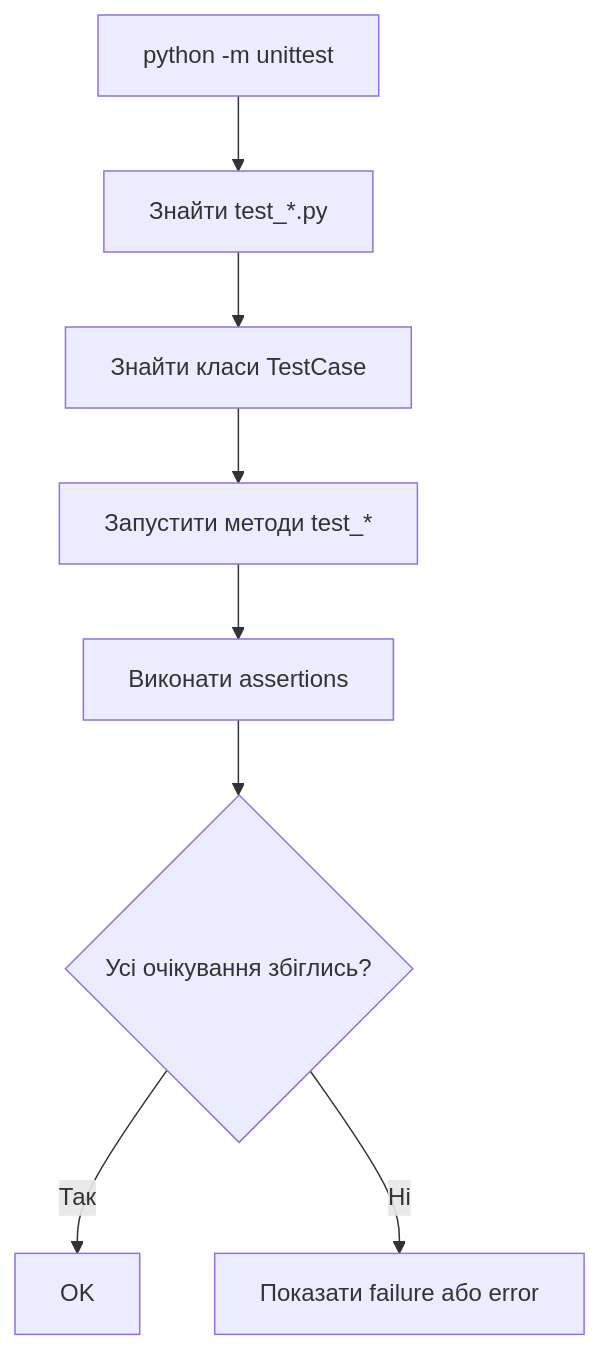
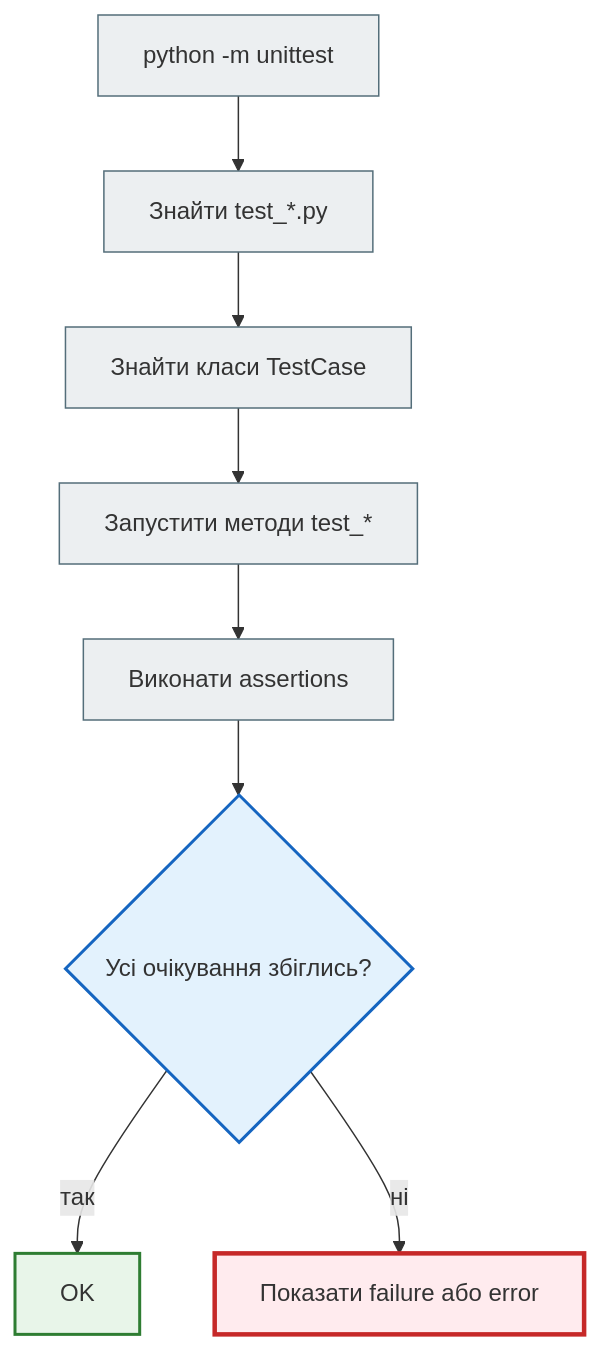
The diagram in docs/08_testing_and_quality/unittest_basics_full.md (NikoriakViktot/notes_chat_app), drawn with Mermaid before and after one commit. The commit also changed 441 other files, not shown here.

First line of the commit message:
Add English version of the book, Mermaid standard, docs fixes

````diff
--- a/docs/08_testing_and_quality/unittest_basics_full.md
+++ b/docs/08_testing_and_quality/unittest_basics_full.md
@@ -287,10 +287,19 @@
 ```mermaid
 flowchart TD
     A["python -m unittest"] --> B["Знайти test_*.py"]
     B --> C["Знайти класи TestCase"]
     C --> D["Запустити методи test_*"]
     D --> E["Виконати assertions"]
     E --> F{"Усі очікування збіглись?"}
-    F -->|Так| G["OK"]
-    F -->|Ні| H["Показати failure або error"]
+    F -->|так| G["OK"]
+    F -->|ні| H["Показати failure або error"]
+
+    classDef step     fill:#eceff1,stroke:#546e7a,stroke-width:1px;
+    classDef decision fill:#e3f2fd,stroke:#1565c0,stroke-width:2px;
+    classDef success  fill:#e8f5e9,stroke:#2e7d32,stroke-width:2px;
+    classDef error    fill:#ffebee,stroke:#c62828,stroke-width:3px;
+    class A,B,C,D,E step;
+    class F decision;
+    class G success;
+    class H error;
 ```
````
